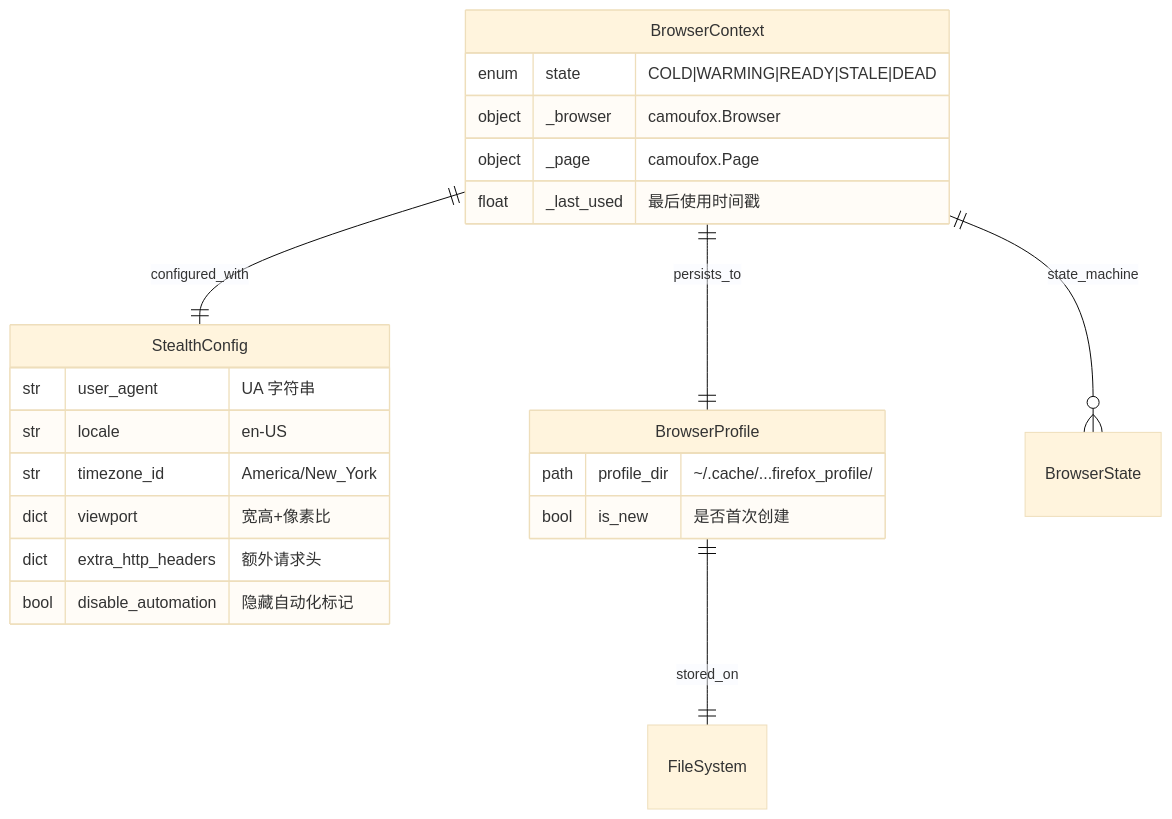
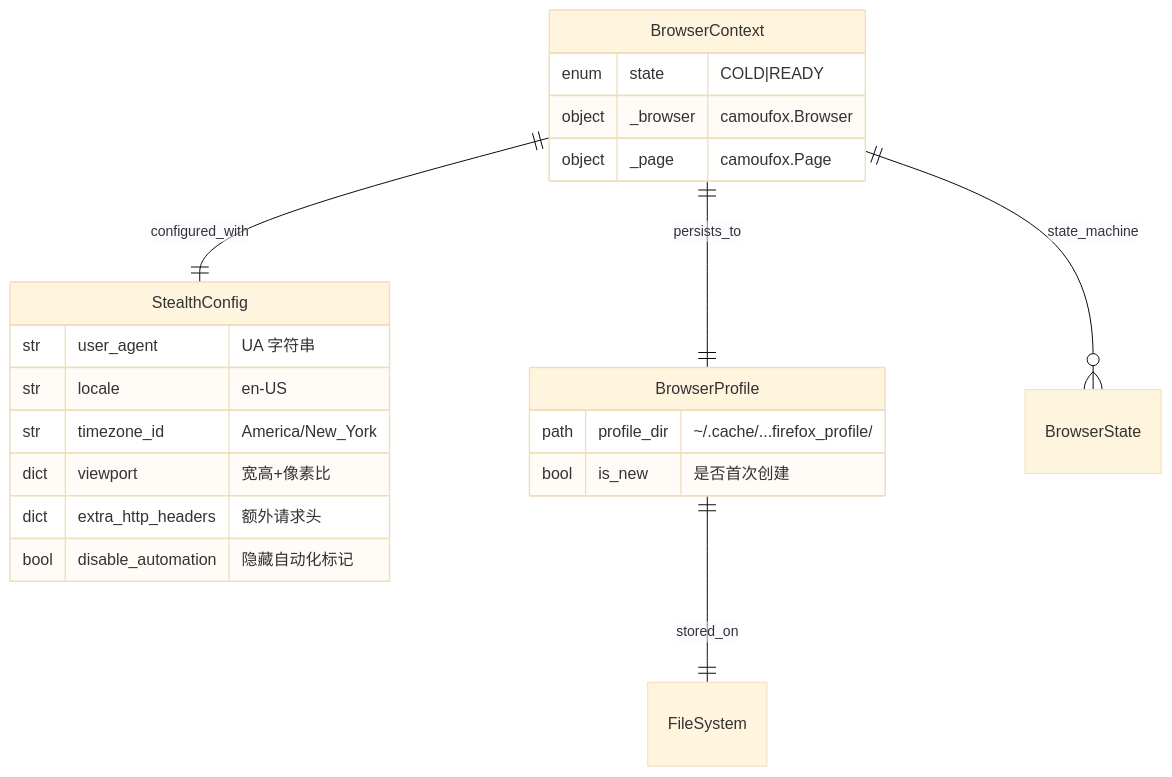
One commit to moyu12-ae/ZeroSearch changed the fourth of 6 diagrams in .anws/v1/04_SYSTEM_DESIGN/browser-engine.md. Above: the diagram before and after it, drawn with Mermaid (base theme). The commit also changed other lines of this file and 5 other files, not shown here.

````diff
--- a/.anws/v1/04_SYSTEM_DESIGN/browser-engine.md
+++ b/.anws/v1/04_SYSTEM_DESIGN/browser-engine.md
@@ -426,28 +372,27 @@
 ```mermaid
 erDiagram
     BrowserContext ||--|| StealthConfig : configured_with
     BrowserContext ||--|| BrowserProfile : persists_to
     BrowserContext ||--o{ BrowserState : state_machine
     BrowserProfile ||--|| FileSystem : stored_on
     
     BrowserContext {
-        enum state "COLD|WARMING|READY|STALE|DEAD"
+        enum state "COLD|READY"
         object _browser "camoufox.Browser"
         object _page "camoufox.Page"
-        float _last_used "最后使用时间戳"
     }
     
     StealthConfig {
         str user_agent "UA 字符串"
         str locale "en-US"
         str timezone_id "America/New_York"
         dict viewport "宽高+像素比"
         dict extra_http_headers "额外请求头"
         bool disable_automation "隐藏自动化标记"
     }
     
     BrowserProfile {
         path profile_dir "~/.cache/...firefox_profile/"
         bool is_new "是否首次创建"
     }
 ```
````
